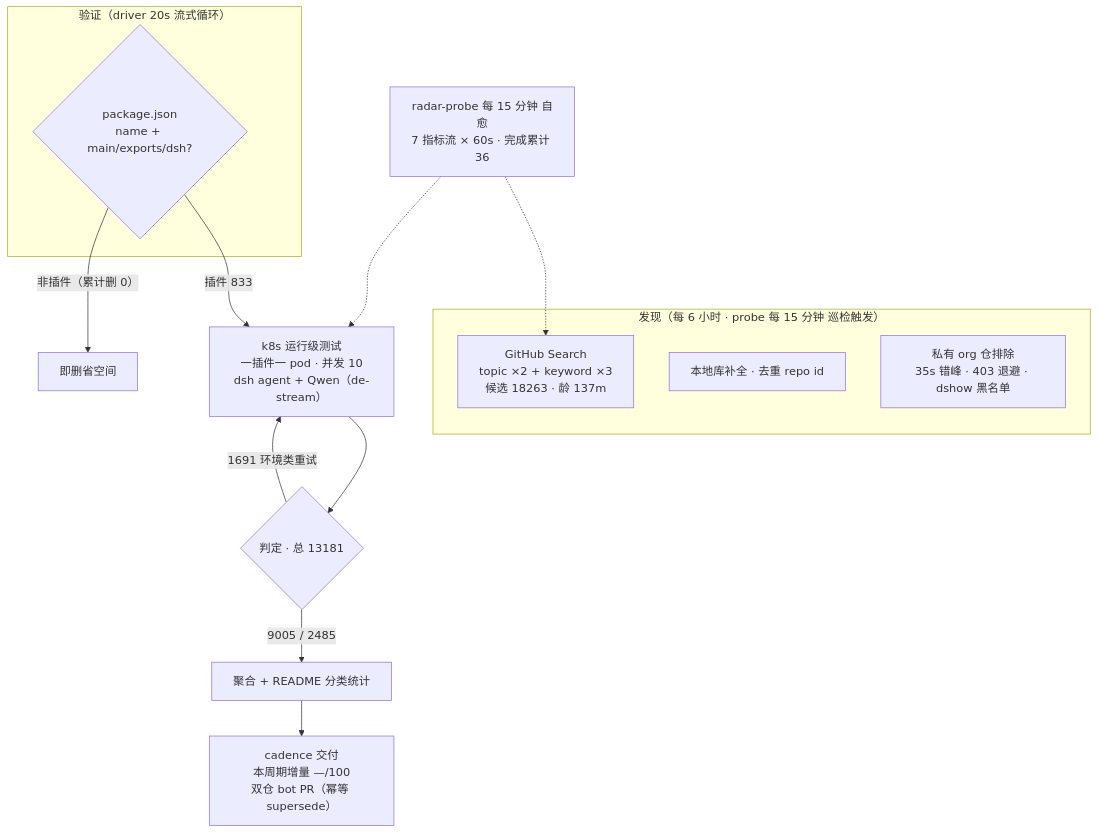
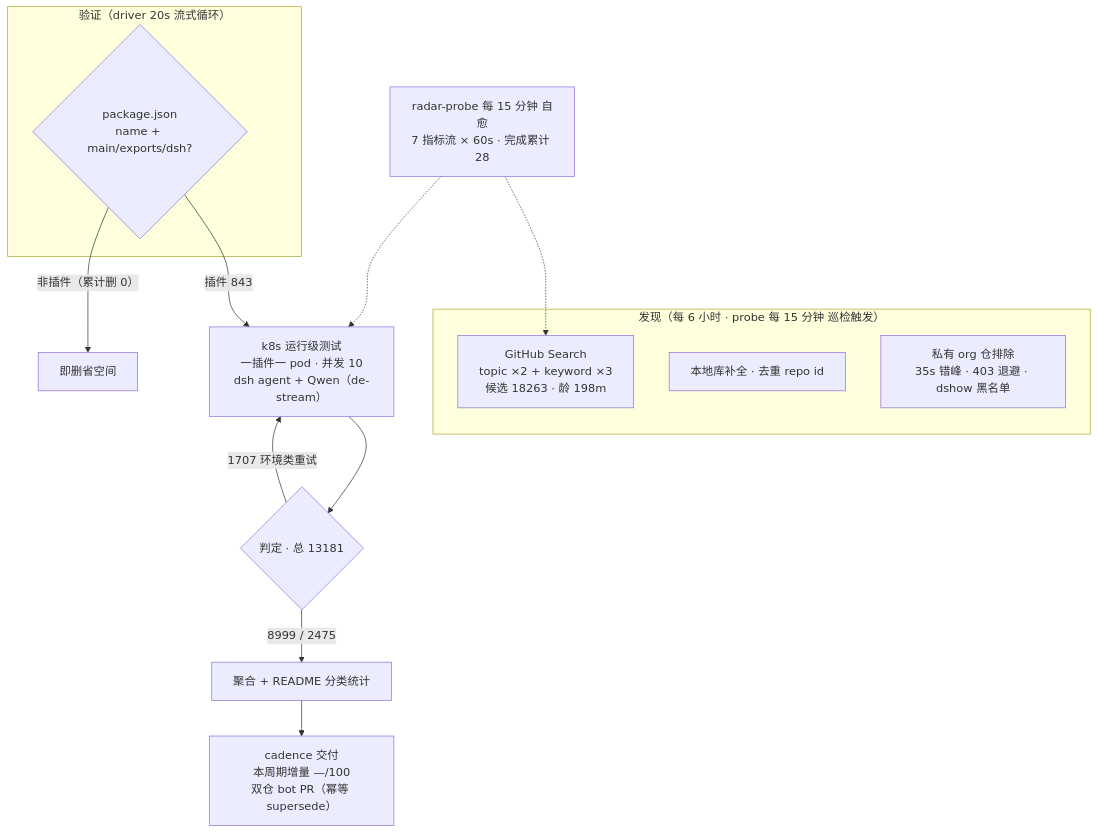
One commit to AdamPlatin123/awesome-dsh-plugins changed the diagram in README.md. Above: the diagram before and after it, drawn with Mermaid. The commit also changed other lines of this file and 5 other files, not shown here.

````diff
--- a/README.md
+++ b/README.md
@@ -52,20 +52,20 @@
 ```mermaid
 flowchart TB
     subgraph Discovery["发现（每 6 小时 · probe 每 15 分钟 巡检触发）"]
-        A1["GitHub Search<br/>topic ×2 + keyword ×3<br/>候选 18263 · 龄 137m"]
+        A1["GitHub Search<br/>topic ×2 + keyword ×3<br/>候选 18263 · 龄 198m"]
         A2["本地库补全 · 去重 repo id"]
         A3["私有 org 仓排除<br/>35s 错峰 · 403 退避 · dshow 黑名单"]
     end
     subgraph Validation["验证（driver 20s 流式循环）"]
         B1{"package.json<br/>name + main/exports/dsh?"}
     end
-    B1 -->|"插件 833"| C1["k8s 运行级测试<br/>一插件一 pod · 并发 10<br/>dsh agent + Qwen（de-stream）"]
+    B1 -->|"插件 843"| C1["k8s 运行级测试<br/>一插件一 pod · 并发 10<br/>dsh agent + Qwen（de-stream）"]
     B1 -->|"非插件（累计删 0）"| B3["即删省空间"]
     C1 --> D1{"判定 · 总 13181"}
-    D1 -->|"9005 / 2485"| E1["聚合 + README 分类统计"]
-    D1 -->|"1691 环境类重试"| C1
+    D1 -->|"8999 / 2475"| E1["聚合 + README 分类统计"]
+    D1 -->|"1707 环境类重试"| C1
     E1 --> E2["cadence 交付<br/>本周期增量 —/100<br/>双仓 bot PR（幂等 supersede）"]
-    M["radar-probe 每 15 分钟 自愈<br/>7 指标流 × 60s · 完成累计 36"]
+    M["radar-probe 每 15 分钟 自愈<br/>7 指标流 × 60s · 完成累计 28"]
     M -.-> A1
     M -.-> C1
 ```
````
